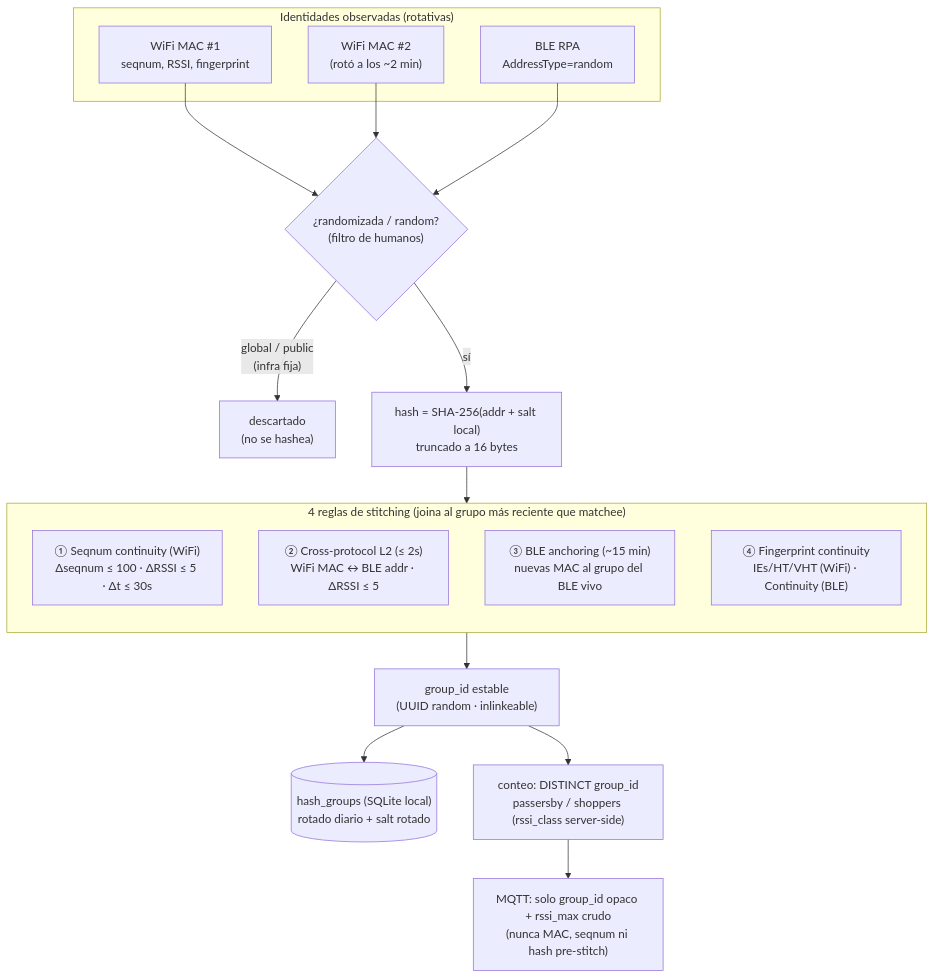
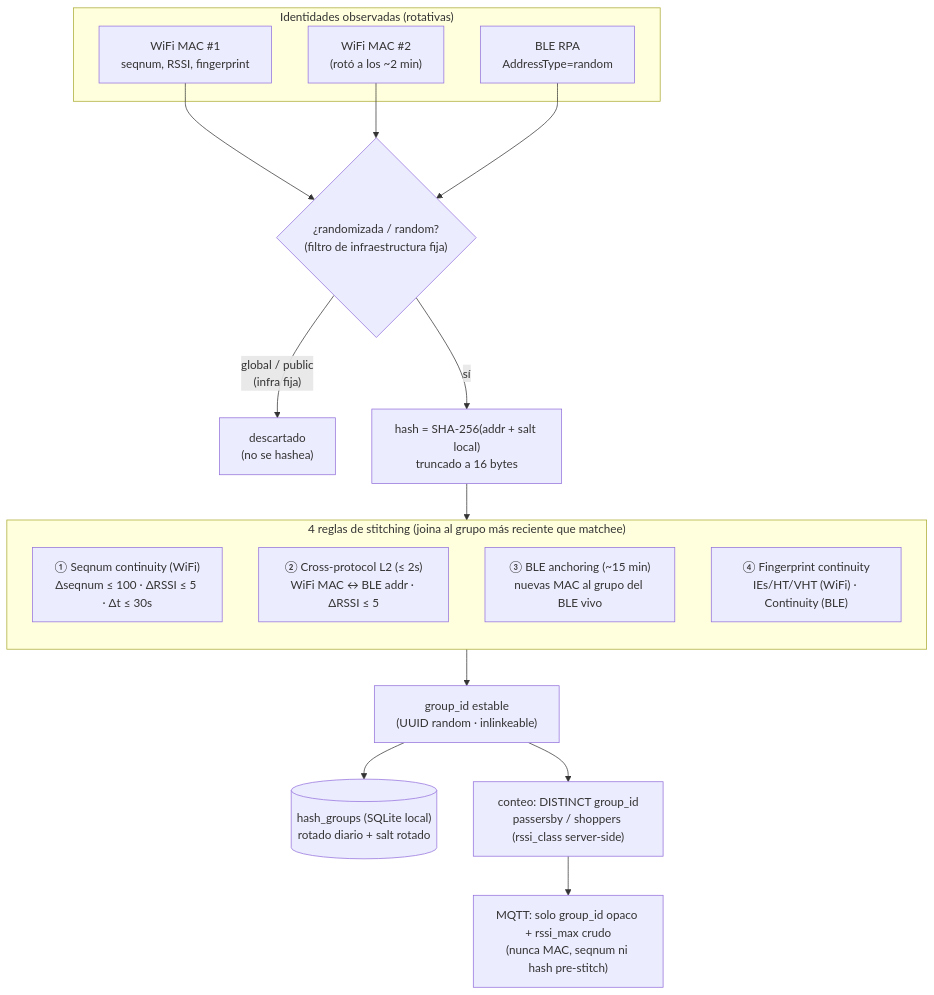
One commit to maurogasparri/people-counter changed the seventh of 7 diagrams in docs/diagramas_tfg.md. Above: the diagram before and after it, drawn with Mermaid. The commit also changed 33 other files, not shown here.

````diff
--- a/docs/diagramas_tfg.md
+++ b/docs/diagramas_tfg.md
@@ -365,31 +365,31 @@
 ```mermaid
 flowchart TB
     subgraph IN["Identidades observadas (rotativas)"]
         W1["WiFi MAC #1<br/>seqnum, RSSI, fingerprint"]
         W2["WiFi MAC #2<br/>(rotó a los ~2 min)"]
         B1["BLE RPA<br/>AddressType=random"]
     end
 
-    FILT{"¿randomizada / random?<br/>(filtro de humanos)"}
+    FILT{"¿randomizada / random?<br/>(filtro de infraestructura fija)"}
     W1 --> FILT
     W2 --> FILT
     B1 --> FILT
     FILT -->|"global / public<br/>(infra fija)"| DROP["descartado<br/>(no se hashea)"]
 
     FILT -->|"sí"| HASH["hash = SHA-256(addr + salt local)<br/>truncado a 16 bytes"]
 
     subgraph RULES["4 reglas de stitching (joina al grupo más reciente que matchee)"]
         direction TB
         R1["① Seqnum continuity (WiFi)<br/>Δseqnum ≤ 100 · ΔRSSI ≤ 5 · Δt ≤ 30s"]
         R2["② Cross-protocol L2 (≤ 2s)<br/>WiFi MAC ↔ BLE addr · ΔRSSI ≤ 5"]
         R3["③ BLE anchoring (~15 min)<br/>nuevas MAC al grupo del BLE vivo"]
         R4["④ Fingerprint continuity<br/>IEs/HT/VHT (WiFi) · Continuity (BLE)"]
     end
     HASH --> RULES
 
     RULES --> GID["group_id estable<br/>(UUID random · inlinkeable)"]
     GID --> STORE[("hash_groups (SQLite local)<br/>rotado diario + salt rotado")]
 
     GID --> COUNT["conteo: DISTINCT group_id<br/>passersby / shoppers (rssi_class server-side)"]
     COUNT --> PUB["MQTT: solo group_id opaco + rssi_max crudo<br/>(nunca MAC, seqnum ni hash pre-stitch)"]
 ```
````
